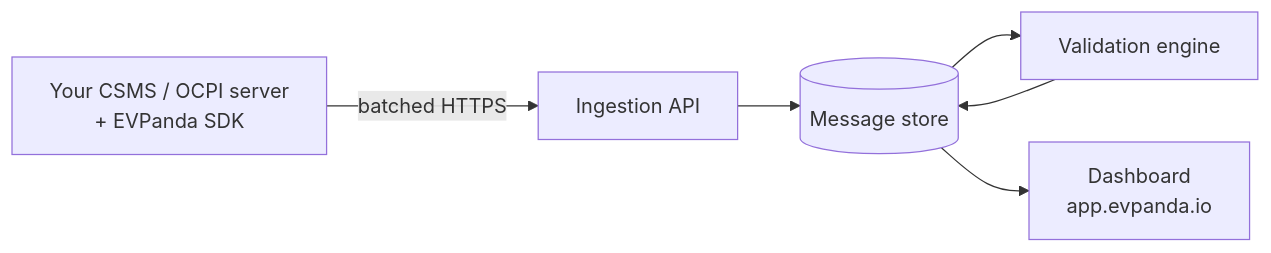
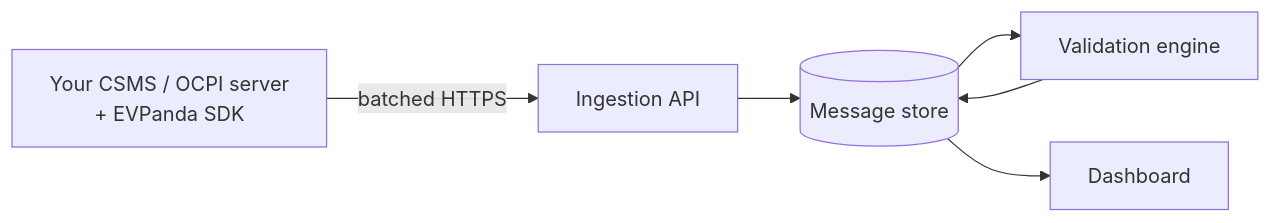
One commit to evpanda-labs/docs changed the diagram in index.mdx. Above: the diagram before and after it, drawn with Mermaid. The commit also changed other lines of this file and 10 other files, not shown here.

````diff
--- a/index.mdx
+++ b/index.mdx
@@ -54,8 +41,8 @@
 ```mermaid
 flowchart LR
     A["Your CSMS / OCPI server<br/>+ EVPanda SDK"] -->|"batched HTTPS"| B["Ingestion API"]
     B --> C[("Message store")]
     C --> D["Validation engine"]
     D --> C
-    C --> E["Dashboard<br/>app.evpanda.io"]
+    C --> E["Dashboard"]
 ```
````
